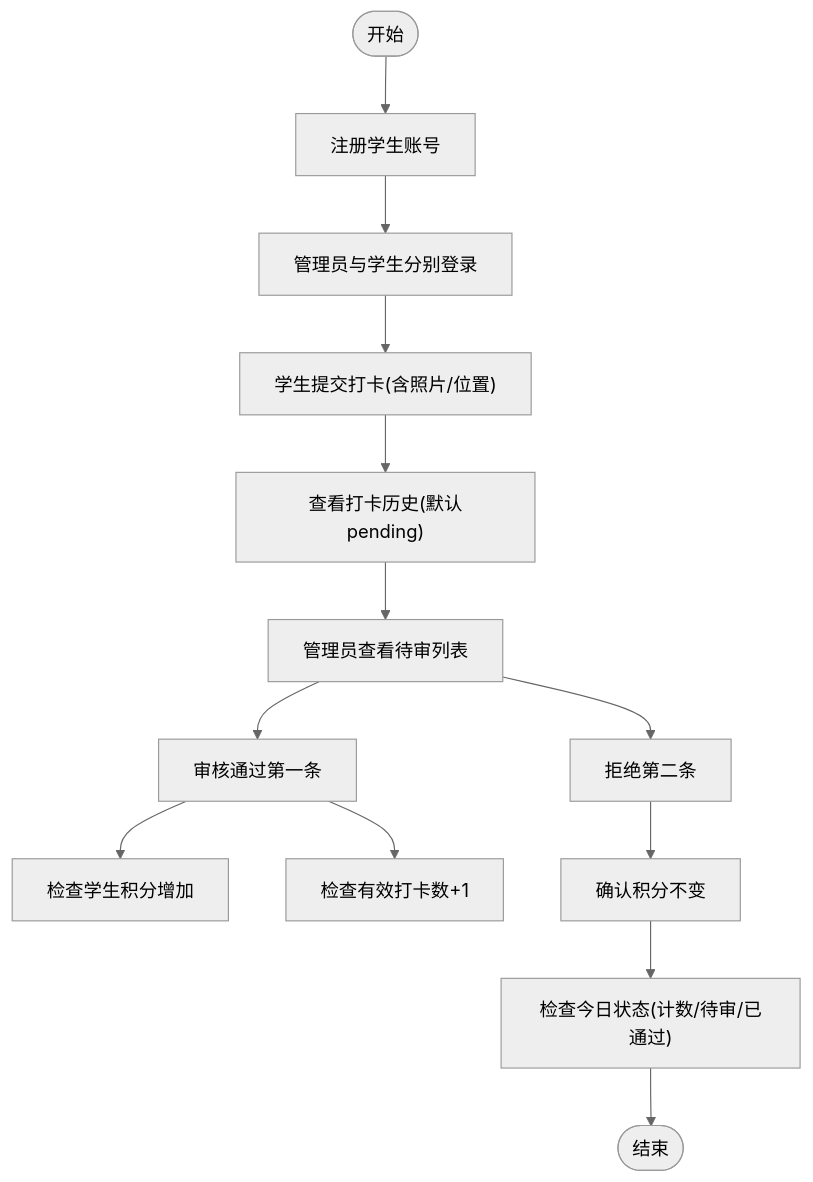
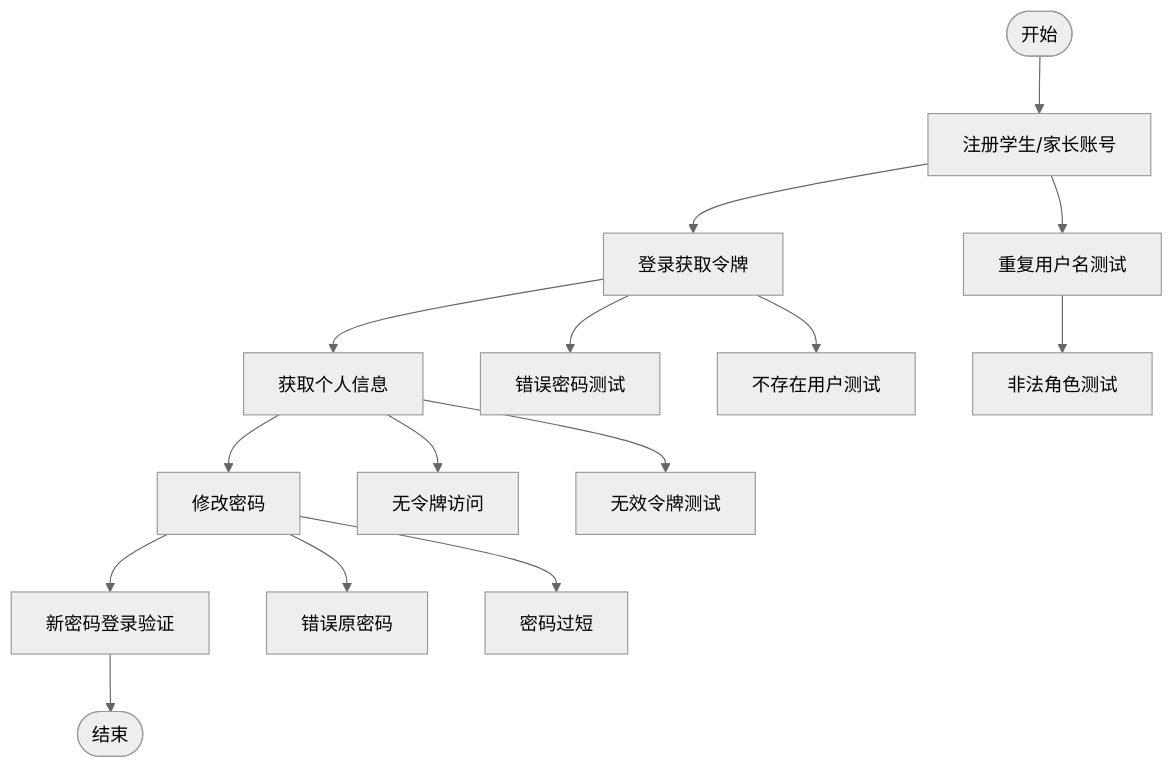
Before and after one commit to onebody/homework: the fourth of 8 diagrams in .qoder/repowiki/zh/content/测试策略.md, drawn with Mermaid (neutral theme). The commit also changed other lines of this file and 15 other files, not shown here.

````diff
--- a/.qoder/repowiki/zh/content/测试策略.md
+++ b/.qoder/repowiki/zh/content/测试策略.md
@@ -174,15 +211,17 @@
 ```mermaid
 flowchart TD
-Start(["开始"]) --> Reg["注册学生账号"]
-Reg --> Login["管理员与学生分别登录"]
-Login --> Checkin["学生提交打卡(含照片/位置)"]
-Checkin --> History["查看打卡历史(默认pending)"]
-History --> AdminList["管理员查看待审列表"]
-AdminList --> Approve["审核通过第一条"]
-Approve --> Points["检查学生积分增加"]
-Approve --> Streak["检查有效打卡数+1"]
-AdminList --> Reject["拒绝第二条"]
-Reject --> Points2["确认积分不变"]
-Points2 --> Today["检查今日状态(计数/待审/已通过)"]
-Today --> End(["结束"])
+Start(["开始"]) --> Register["注册学生/家长账号"]
+Register --> Login["登录获取令牌"]
+Login --> MeInfo["获取个人信息"]
+MeInfo --> ChangePwd["修改密码"]
+ChangePwd --> VerifyNewPwd["新密码登录验证"]
+VerifyNewPwd --> End(["结束"])
+Register --> DuplicateUser["重复用户名测试"]
+DuplicateUser --> InvalidRole["非法角色测试"]
+Login --> WrongPwd["错误密码测试"]
+Login --> NonexistentUser["不存在用户测试"]
+MeInfo --> NoToken["无令牌访问"]
+MeInfo --> InvalidToken["无效令牌测试"]
+ChangePwd --> WrongOldPwd["错误原密码"]
+ChangePwd --> ShortPwd["密码过短"]
 ```
````
